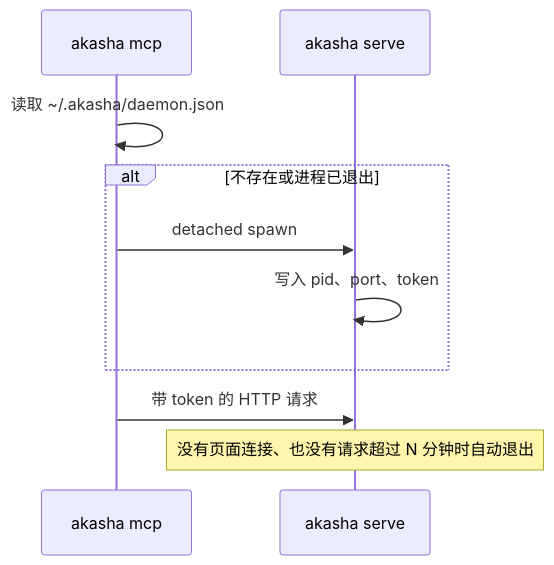
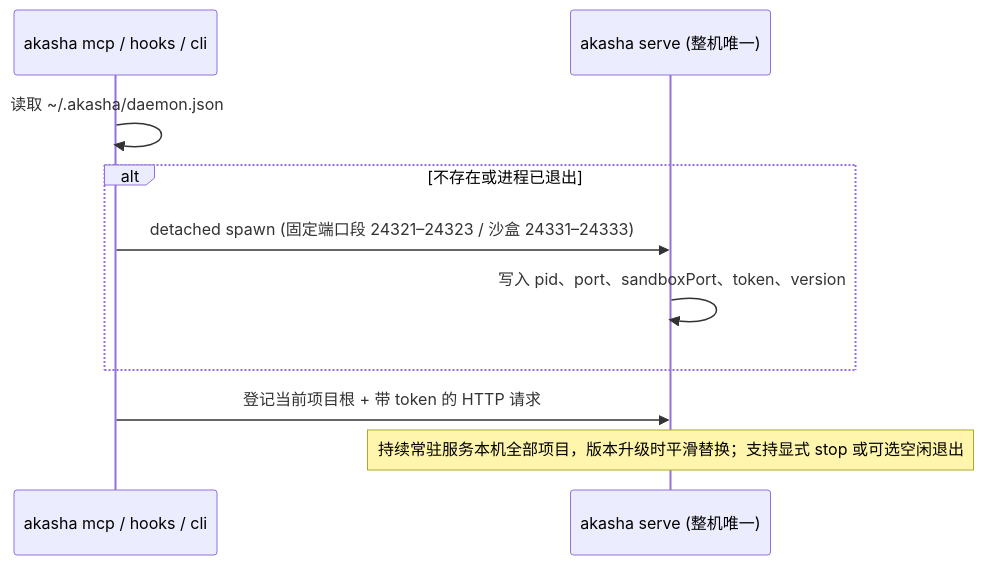
Before and after one commit to VOD-Studio/akasha-artifacts: the sixth of 6 diagrams in docs/design/architecture.md, drawn with Mermaid. The commit also changed other lines of this file and 1 other file, not shown here.

````diff
--- a/docs/design/architecture.md
+++ b/docs/design/architecture.md
@@ -351,12 +426,12 @@
 ```mermaid
 sequenceDiagram
-    participant MCP as akasha mcp
-    participant D as akasha serve
-    MCP->>MCP: 读取 ~/.akasha/daemon.json
+    participant CLI as akasha mcp / hooks / cli
+    participant D as akasha serve (整机唯一)
+    CLI->>CLI: 读取 ~/.akasha/daemon.json
     alt 不存在或进程已退出
-        MCP->>D: detached spawn
-        D->>D: 写入 pid、port、token
+        CLI->>D: detached spawn (固定端口段 24321–24323 / 沙盒 24331–24333)
+        D->>D: 写入 pid、port、sandboxPort、token、version
     end
-    MCP->>D: 带 token 的 HTTP 请求
-    Note over D: 没有页面连接、也没有请求超过 N 分钟时自动退出
+    CLI->>D: 登记当前项目根 + 带 token 的 HTTP 请求
+    Note over D: 持续常驻服务本机全部项目，版本升级时平滑替换；支持显式 stop 或可选空闲退出
 ```
````
